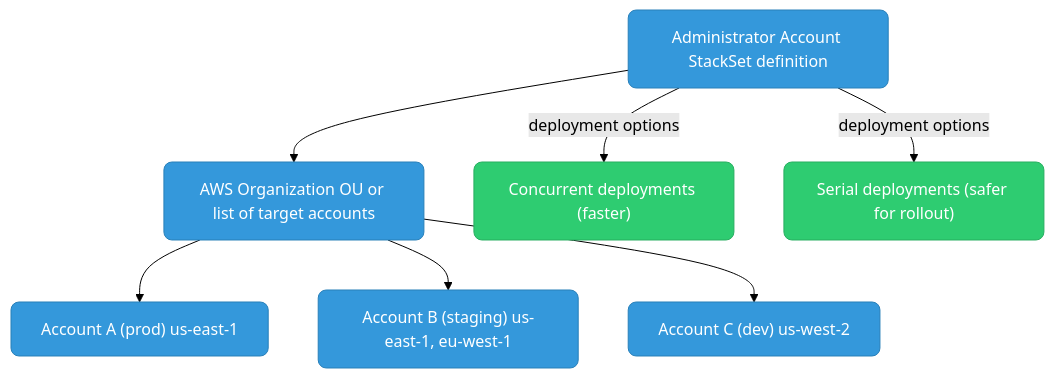
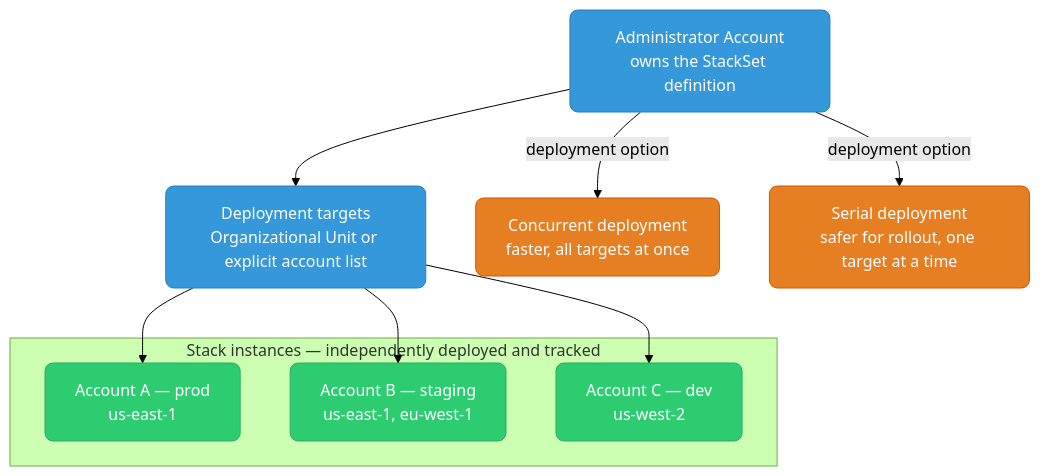
Before and after one commit to deepanshu-rawat6/DevOpsIndex: the fifth of 6 diagrams in iac/cloudformation/README.md, drawn with Mermaid (forest theme). The commit also changed other lines of this file and 17 other files, not shown here.

````diff
--- a/iac/cloudformation/README.md
+++ b/iac/cloudformation/README.md
@@ -224,20 +316,21 @@
 ```mermaid
 graph TD
-    classDef blue fill:#3498db,stroke:#2980b9,color:#fff,rx:8
-    classDef green fill:#2ecc71,stroke:#27ae60,color:#fff,rx:8
-    classDef red fill:#e74c3c,stroke:#c0392b,color:#fff,rx:8
-    classDef orange fill:#e67e22,stroke:#d35400,color:#fff,rx:8
-    classDef purple fill:#9b59b6,stroke:#8e44ad,color:#fff,rx:8
-    classDef teal fill:#1abc9c,stroke:#16a085,color:#fff,rx:8
-    classDef dark fill:#2c3e50,stroke:#1a252f,color:#fff,rx:8
-    classDef yellow fill:#f39c12,stroke:#d68910,color:#000,rx:8
-    classDef k8s fill:#326ce5,stroke:#254ea8,color:#fff,rx:8
-    classDef aws fill:#ff9900,stroke:#cc7a00,color:#000,rx:8
-    ADMIN["Administrator Account StackSet definition"]:::blue --> OU["AWS Organization OU or list of target accounts"]:::blue
-    OU --> ACCOUNT_A["Account A (prod) us-east-1"]:::blue
-    OU --> ACCOUNT_B["Account B (staging) us-east-1, eu-west-1"]:::blue
-    OU --> ACCOUNT_C["Account C (dev) us-west-2"]:::blue
+    classDef admin fill:#3498db,stroke:#2980b9,color:#fff,rx:8
+    classDef target fill:#2ecc71,stroke:#27ae60,color:#fff,rx:8
+    classDef mode fill:#e67e22,stroke:#d35400,color:#fff,rx:8
 
-    ADMIN -->|"deployment options"| CONCURRENT["Concurrent deployments (faster)"]:::green
-    ADMIN -->|"deployment options"| SERIAL["Serial deployments (safer for rollout)"]:::green
+    ADMIN["Administrator Account<br/>owns the StackSet definition"]:::admin --> OU["Deployment targets<br/>Organizational Unit or explicit account list"]:::admin
+
+    subgraph TARGETS["Stack instances — independently deployed and tracked"]
+        ACCOUNT_A["Account A — prod<br/>us-east-1"]:::target
+        ACCOUNT_B["Account B — staging<br/>us-east-1, eu-west-1"]:::target
+        ACCOUNT_C["Account C — dev<br/>us-west-2"]:::target
+    end
+
+    OU --> ACCOUNT_A
+    OU --> ACCOUNT_B
+    OU --> ACCOUNT_C
+
+    ADMIN -->|"deployment option"| CONCURRENT["Concurrent deployment<br/>faster, all targets at once"]:::mode
+    ADMIN -->|"deployment option"| SERIAL["Serial deployment<br/>safer for rollout, one target at a time"]:::mode
 ```
````
